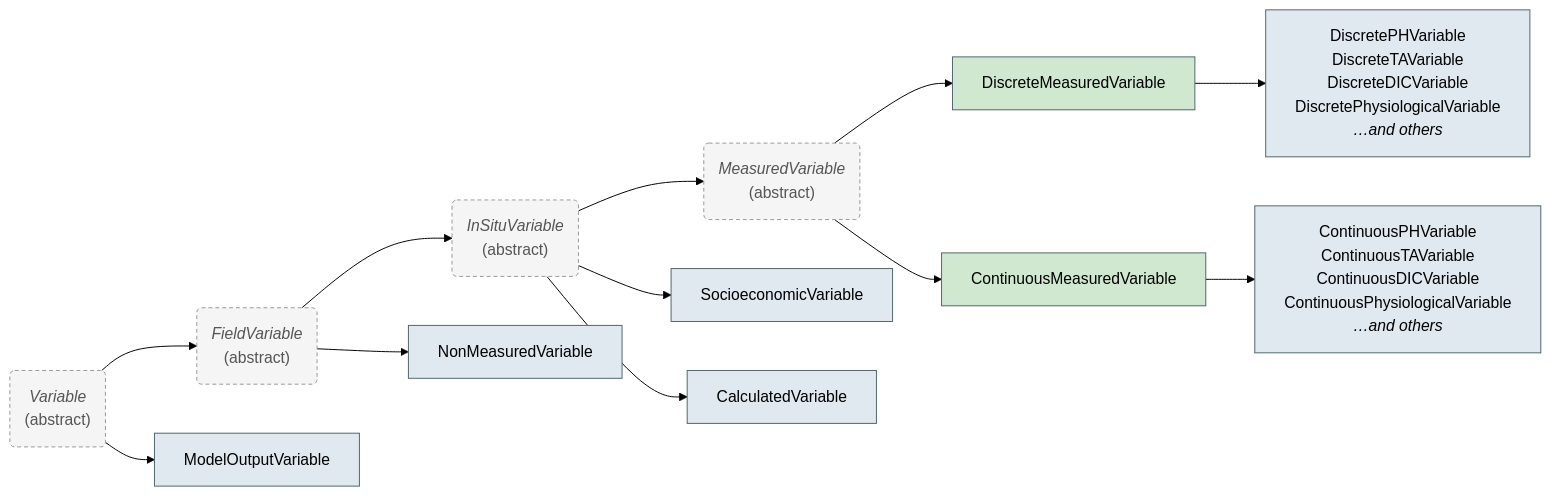
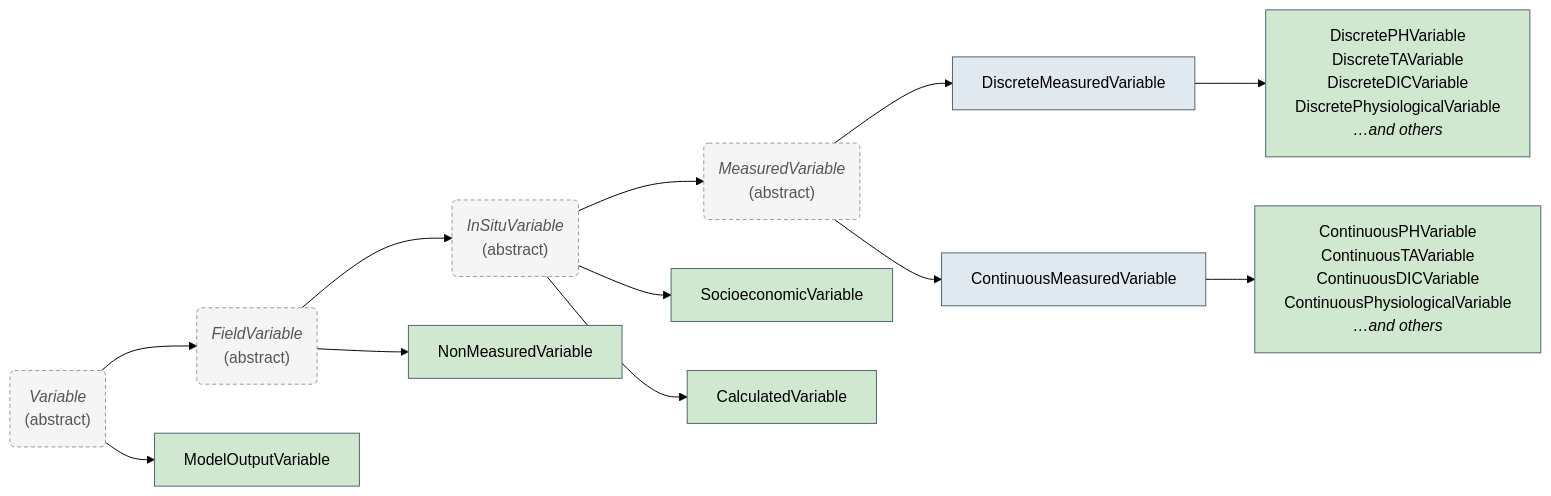
The diagram in src/docs/files/Variables/index.md (submarine-mrv/oae-data-protocol), drawn with Mermaid (forest theme) before and after one commit. The commit also changed other lines of this file and 17 other files, not shown here.

First line of the commit message:
docs: audit schema site against v0.5.0 and link to generated pages (#49)

````diff
--- a/src/docs/files/Variables/index.md
+++ b/src/docs/files/Variables/index.md
@@ -7,46 +7,46 @@
 ```mermaid
 graph LR
     V("`*Variable*
     (abstract)`")
     FV("`*FieldVariable*
     (abstract)`")
     ISV("`*InSituVariable*
     (abstract)`")
     MV("`*MeasuredVariable*
     (abstract)`")
     NMV["NonMeasuredVariable"]
     MOV["ModelOutputVariable"]
     SEV["SocioeconomicVariable"]
     CV["CalculatedVariable"]
     DM["DiscreteMeasuredVariable"]
     CM["ContinuousMeasuredVariable"]
     DPH["`DiscretePHVariable
     DiscreteTAVariable
     DiscreteDICVariable
     DiscretePhysiologicalVariable
     *…and others*`"]
     CPH["`ContinuousPHVariable
     ContinuousTAVariable
     ContinuousDICVariable
     ContinuousPhysiologicalVariable
     *…and others*`"]
 
     V --> FV
     V --> MOV
     FV --> NMV
     FV --> ISV
     ISV --> SEV
     ISV --> CV
     ISV --> MV
     MV --> DM
     MV --> CM
     DM --> DPH
     CM --> CPH
 
     classDef abstract fill:#f5f5f5,stroke:#999,stroke-dasharray: 4 3,color:#555
     classDef concrete fill:#e0e8f0,stroke:#4F656A
     classDef leaf fill:#d0e8d0,stroke:#4F656A
     class V,FV,ISV,MV abstract
-    class NMV,MOV,SEV,CV,DPH,CPH concrete
-    class DM,CM leaf
+    class DM,CM concrete
+    class NMV,MOV,SEV,CV,DPH,CPH leaf
 ```
````
